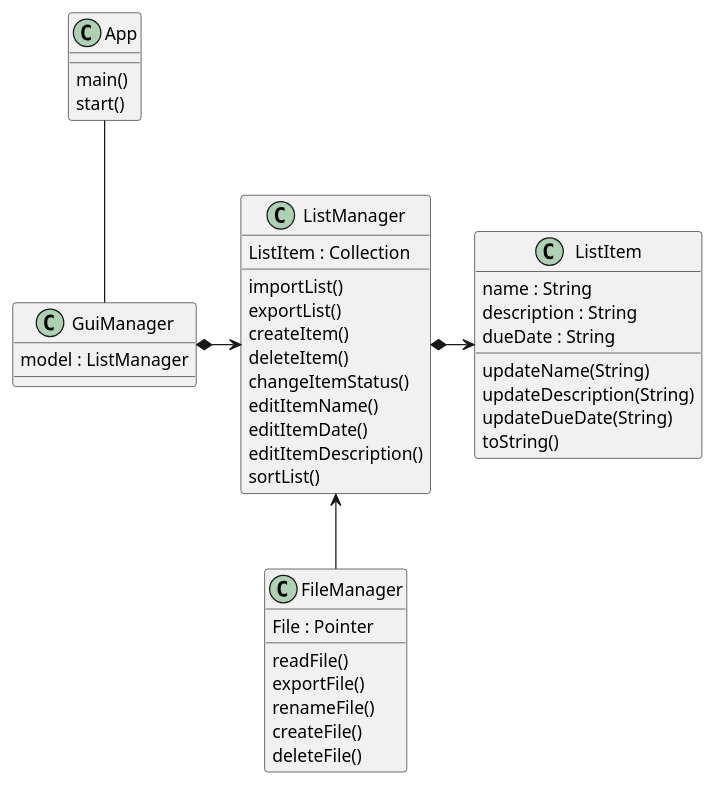
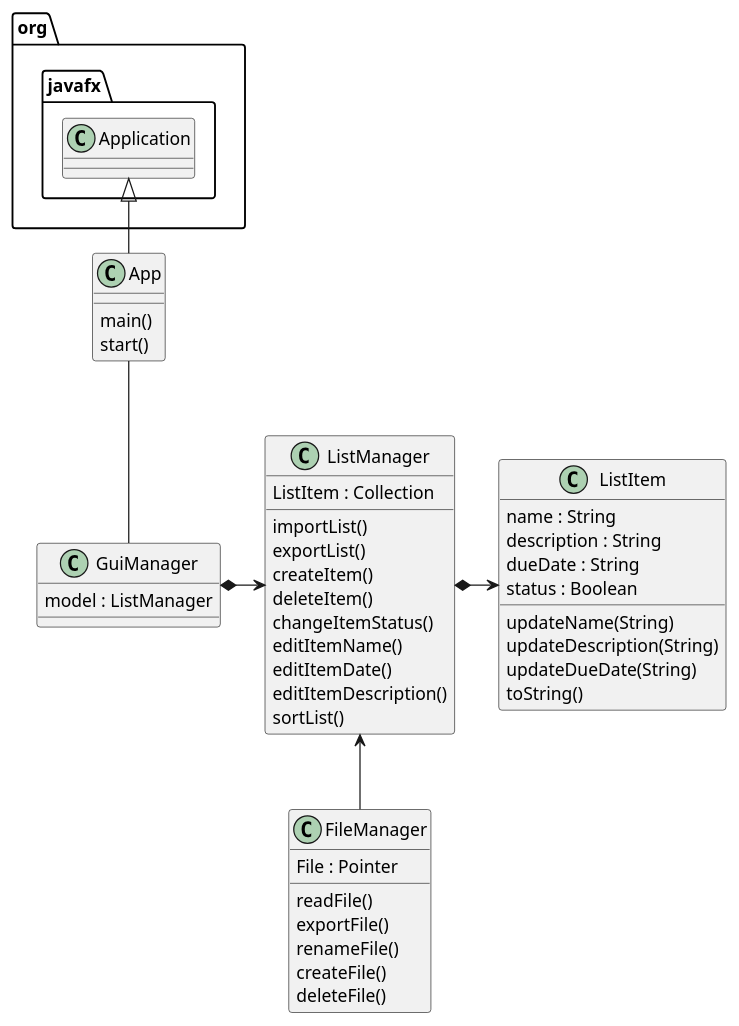
Before and after one commit to Okinsler98/kinsler-cop3330-assignment4: the diagram in uml/ListUml.puml, drawn with PlantUML. The commit also changed 6 other files, not shown here.

```diff
--- a/uml/ListUml.puml
+++ b/uml/ListUml.puml
@@ -1,53 +1,56 @@
 @startuml
 'https://plantuml.com/class-diagram
+
+org.javafx.Application <|--App
 
 ListManager *-> ListItem
 ListManager <-- FileManager
 GuiManager *-> ListManager
 App -- GuiManager
 
 Class App{
     main()
     start()
 }
 
 Class FileManager{
     File : Pointer
 
     readFile()
     exportFile()
     renameFile()
     createFile()
     deleteFile()
 }
 
 Class GuiManager{
     model : ListManager
 }
 
 Class ListManager{
 ListItem : Collection
 
 importList()
 exportList()
 createItem()
 deleteItem()
 changeItemStatus()
 editItemName()
 editItemDate()
 editItemDescription()
 sortList()
 }
 
 Class ListItem{
     name : String
     description : String
     dueDate : String
+    status : Boolean
 
     updateName(String)
     updateDescription(String)
     updateDueDate(String)
     toString()
 }
 
 @enduml
```
